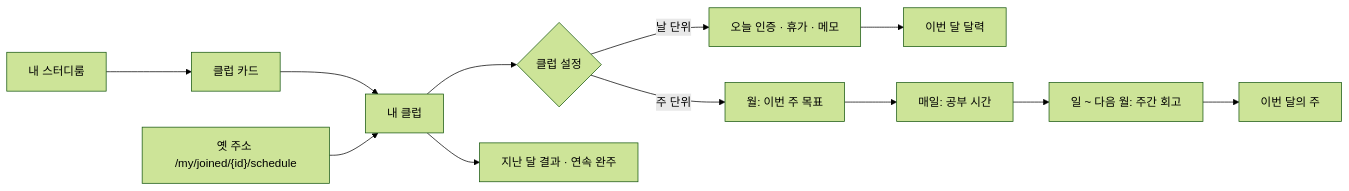
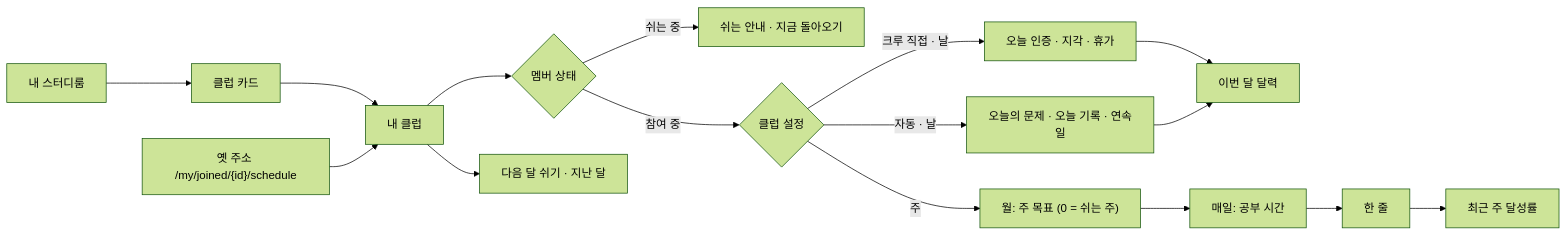
One commit to StudyClub-PlusPlus/studyclub-engineering changed the diagram in 01-planning/stories/crew-my-club/PRD.md. Above: the diagram before and after it, drawn with Mermaid (forest theme). The commit also changed other lines of this file and 6 other files, not shown here.

````diff
--- a/01-planning/stories/crew-my-club/PRD.md
+++ b/01-planning/stories/crew-my-club/PRD.md
@@ -17,9 +21,12 @@
 ```mermaid
 flowchart LR
   A["내 스터디룸"] --> B["클럽 카드"] --> C["내 클럽"]
   X["옛 주소 /my/joined/{id}/schedule"] --> C
-  C --> D{"클럽 설정"}
-  D -->|날 단위| E["오늘 인증 · 휴가 · 메모"] --> F["이번 달 달력"]
-  D -->|주 단위| G["월: 이번 주 목표"] --> H["매일: 공부 시간"] --> I["일 ~ 다음 월: 주간 회고"] --> J["이번 달의 주"]
-  C --> K["지난 달 결과 · 연속 완주"]
+  C --> S{"멤버 상태"}
+  S -->|쉬는 중| R["쉬는 안내 · 지금 돌아오기"]
+  S -->|참여 중| D{"클럽 설정"}
+  D -->|크루 직접 · 날| E["오늘 인증 · 지각 · 휴가"] --> F["이번 달 달력"]
+  D -->|자동 · 날| G["오늘의 문제 · 오늘 기록 · 연속일"] --> F
+  D -->|주| H["월: 주 목표 (0 = 쉬는 주)"] --> I["매일: 공부 시간"] --> J["한 줄"] --> K["최근 주 달성률"]
+  C --> L["다음 달 쉬기 · 지난 달"]
 ```
````
